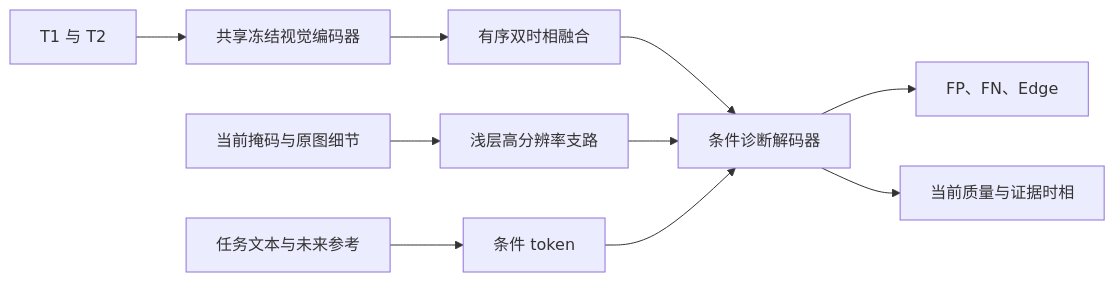
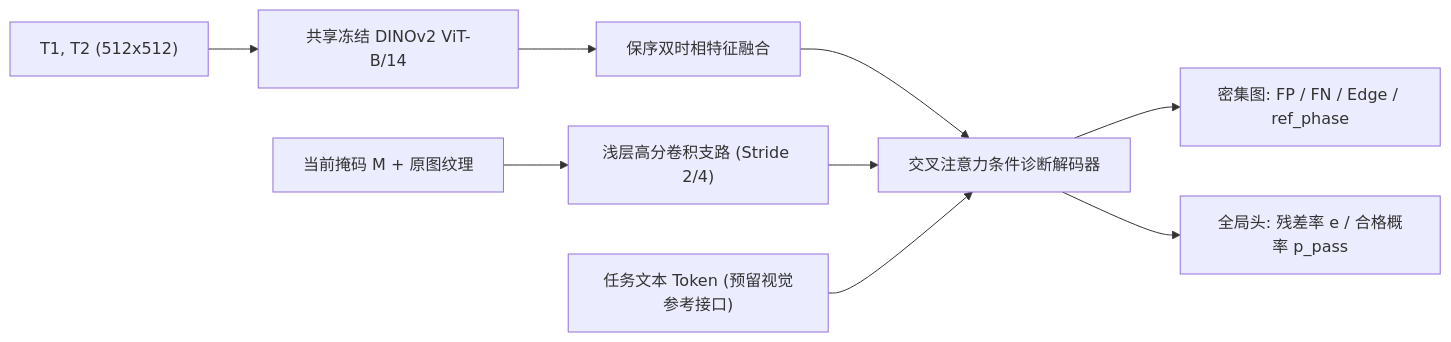
One commit to ethan-404-sys/CD-Agent changed the diagram in doc/VERIFIER_V1_TRAINING_PLAN.md. Above: the diagram before and after it, drawn with Mermaid. The commit also changed other lines of this file, not shown here.

````diff
--- a/doc/VERIFIER_V1_TRAINING_PLAN.md
+++ b/doc/VERIFIER_V1_TRAINING_PLAN.md
@@ -516,12 +116,11 @@
 ```mermaid
 flowchart LR
-  I["T1 与 T2"] --> V["共享冻结视觉编码器"]
-  V --> F["有序双时相融合"]
-  F --> D["条件诊断解码器"]
-  M["当前掩码与原图细节"] --> H["浅层高分辨率支路"]
+  I["T1, T2 (512x512)"] --> V["共享冻结 DINOv2 ViT-B/14"]
+  V --> F["保序双时相特征融合"]
+  F --> D["交叉注意力条件诊断解码器"]
+  M["当前掩码 M + 原图纹理"] --> H["浅层高分卷积支路 (Stride 2/4)"]
   H --> D
-  Q["任务文本与未来参考"] --> C["条件 token"]
-  C --> D
-  D --> E["FP、FN、Edge"]
-  D --> S["当前质量与证据时相"]
+  Q["任务文本 Token (预留视觉参考接口)"] --> D
+  D --> O1["密集图: FP / FN / Edge / ref_phase"]
+  D --> O2["全局头: 残差率 e / 合格概率 p_pass"]
 ```
````
